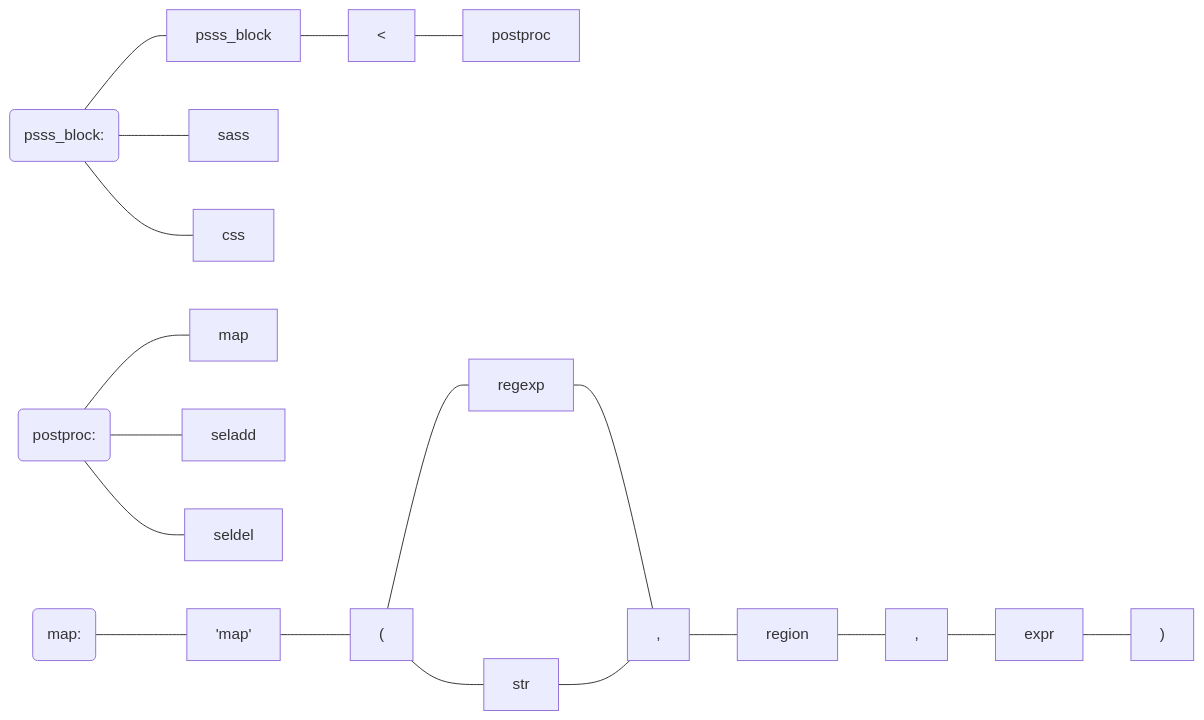
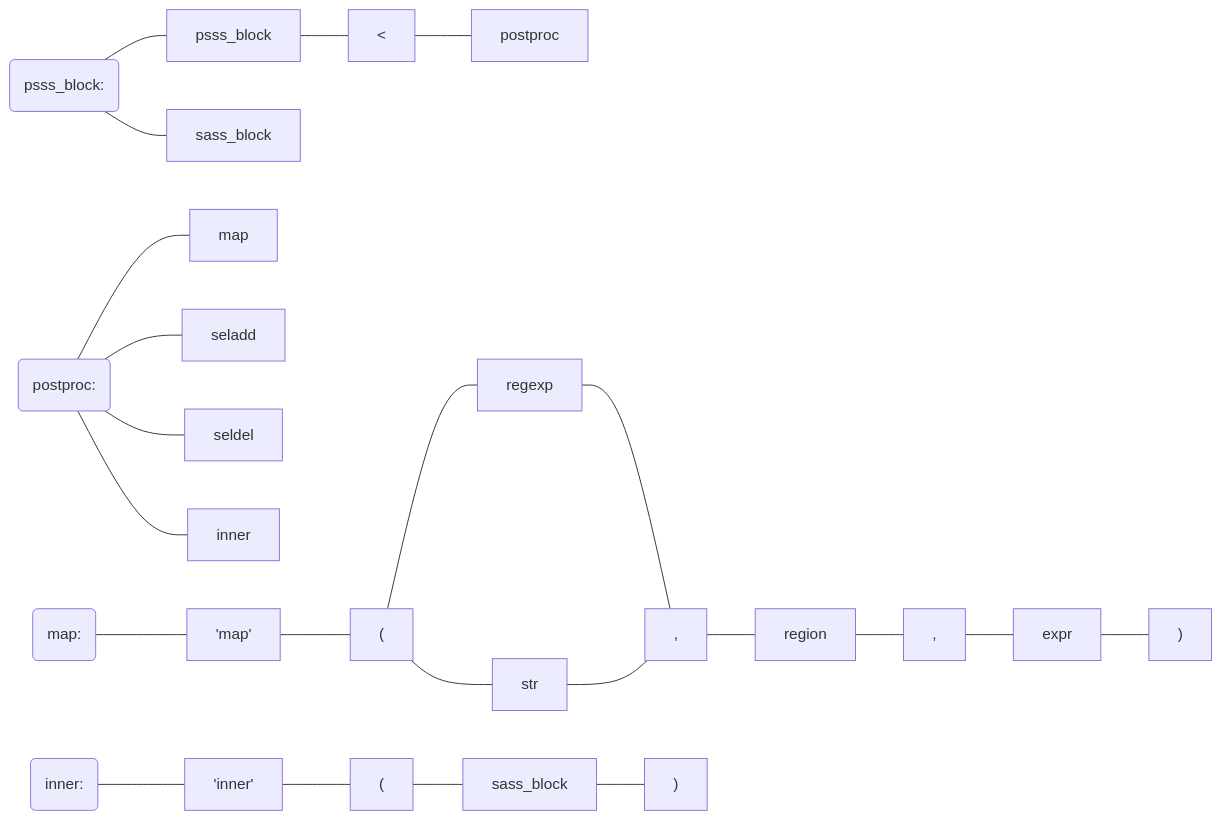
The diagram in README.md (kurohara/psss), drawn with Mermaid before and after one commit. The commit also changed other lines of this file, not shown here.

Commit message:
just thinking specs

````diff
--- a/README.md
+++ b/README.md
@@ -4,24 +8,26 @@
 ```mermaid
 graph LR
     stext1("psss_block: ") ---
     psss_block --- postprocsep["<"] --- postproc
-    sass
-    css
-    stext1 --- sass
-    stext1 --- css
+    sass_block
+    stext1 --- sass_block
 
     stext2("postproc:") --- map
     seladd
     seldel
+    inner
     stext2 --- seladd
     stext2 --- seldel
+    stext2 --- inner
 
     stext3("map:") --- maptok['map'] --- parL["("] --- regexp --- comma1[","] ---  region --- comma2[","] --- expr --- parR[")"]
     parL --- str --- comma1
+
+    stext4("inner:") --- innertok['inner'] --- parL2["("] --- sass_block2["sass_block"] --- parR2[")"]
 
     linkStyle 0,3,4 stroke-width:1;
     classDef simpleText border:none,border-width:0,    background-color:white,margin-right:0px;
     classDef spacing margin-left:20px;
     class stext1 simpleText;
     class spacing1,spacing2 spacing;
 ```
````
